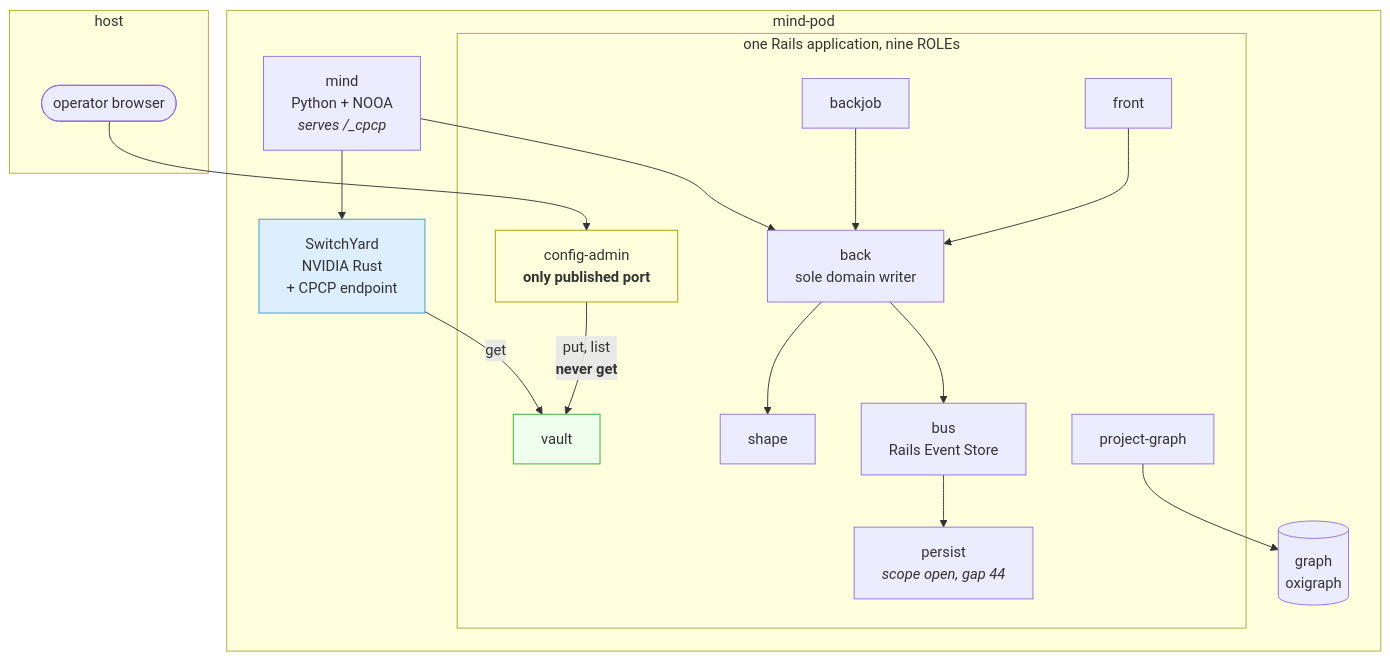
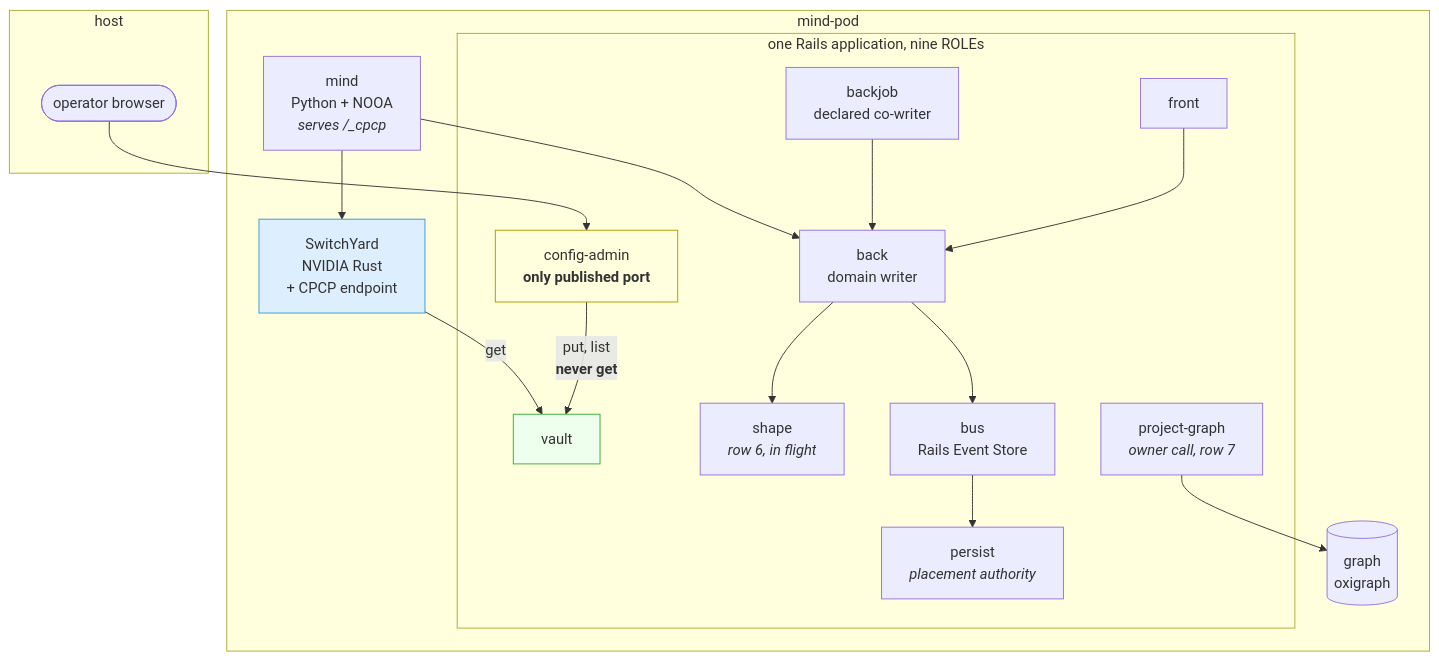
Before and after one commit to laquereric/magentic-stack: the second of 6 diagrams in docs/architecture/ContainerTopology.md, drawn with Mermaid. The commit also changed other lines of this file, not shown here.

````diff
--- a/docs/architecture/ContainerTopology.md
+++ b/docs/architecture/ContainerTopology.md
@@ -59,37 +81,37 @@
 ```mermaid
 graph TB
   subgraph host["host"]
     H(["operator browser"])
   end
   subgraph pod["mind-pod"]
     subgraph rails["one Rails application, nine ROLEs"]
       CONFIG["config-admin<br/><b>only published port</b>"]
       FRONT["front"]
-      BACK["back<br/>sole domain writer"]
-      BACKJOB["backjob"]
+      BACK["back<br/>domain writer"]
+      BACKJOB["backjob<br/>declared co-writer"]
       VAULT["vault"]
-      SHAPE["shape"]
-      PROJ["project-graph"]
-      PERSIST["persist<br/><i>scope open, gap 44</i>"]
+      SHAPE["shape<br/><i>row 6, in flight</i>"]
+      PROJ["project-graph<br/><i>owner call, row 7</i>"]
+      PERSIST["persist<br/><i>placement authority</i>"]
       BUS["bus<br/>Rails Event Store"]
     end
     MIND["mind<br/>Python + NOOA<br/><i>serves /_cpcp</i>"]
     SY["SwitchYard<br/>NVIDIA Rust<br/>+ CPCP endpoint"]
     GRAPH[("graph<br/>oxigraph")]
   end
   H --> CONFIG
   CONFIG -->|"put, list<br/><b>never get</b>"| VAULT
   SY -->|"get"| VAULT
   FRONT --> BACK
   BACKJOB --> BACK
   MIND --> BACK
   MIND --> SY
   BACK --> BUS
   BUS --> PERSIST
   PROJ --> GRAPH
   BACK --> SHAPE
 
   style CONFIG fill:#ffd,stroke:#a90
   style VAULT fill:#efe,stroke:#3a3
   style SY fill:#def,stroke:#39c
 ```
````
